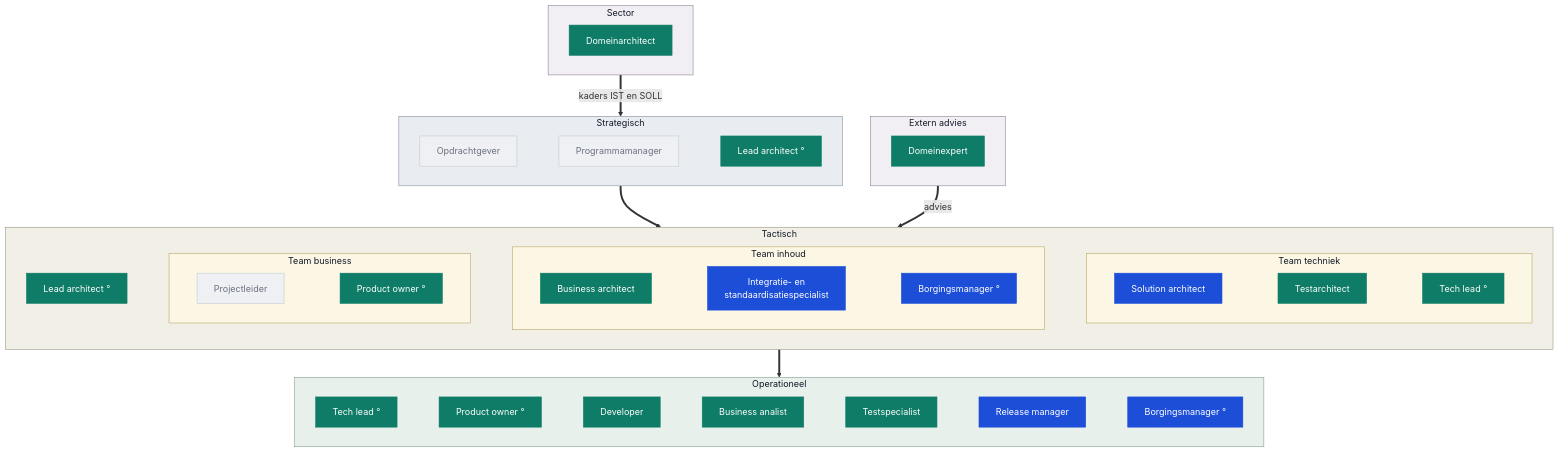
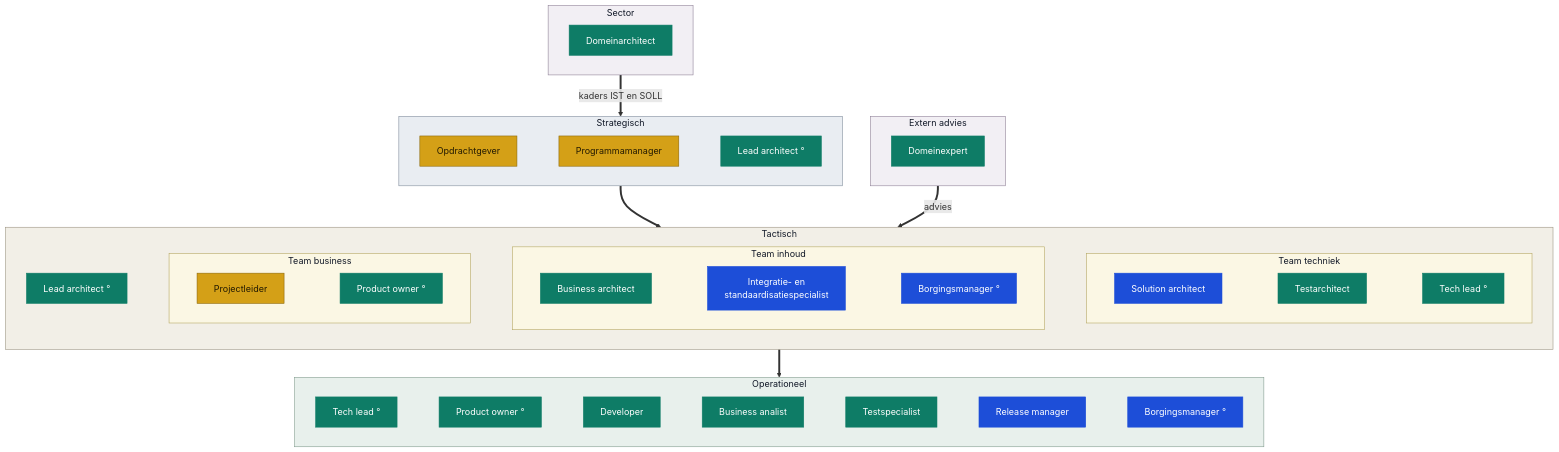
Before and after one commit to Npuls-OKx/meta: the third of 6 diagrams in presentaties/src/260903_rollen.md, drawn with Mermaid. The commit also changed other lines of this file and 2 other files, not shown here.

Commit message:
Goud voor de rollen die het programma dragen
Opdrachtgever, programmamanager en projectleider stonden grijs op slide 8, wat
las als onbelangrijk. Ze zijn nu goud, met de regel: volgt niet uit deze eisen,
maar draagt wel het hele programma.

Relateert aan: #210

Claude-Session: https://claude.ai/code/session_01LtVfjMv5qrHjBTMhWK9Q5f

````diff
--- a/presentaties/src/260903_rollen.md
+++ b/presentaties/src/260903_rollen.md
@@ -336,69 +336,69 @@
 ```mermaid
 flowchart TB
   subgraph EX["Extern advies"]
     direction LR
     DE["Domeinexpert"]
   end
   subgraph SEC["Sector"]
     direction LR
     DA["Domeinarchitect"]
   end
   subgraph S["Strategisch"]
     direction LR
     OG["Opdrachtgever"] ~~~ PM["Programmamanager"] ~~~ LA1["Lead architect °"]
   end
   subgraph T["Tactisch"]
     direction LR
     LA2["Lead architect °"]
     subgraph TB2["Team business"]
       direction LR
       PL["Projectleider"] ~~~ PO1["Product owner °"]
     end
     subgraph TI["Team inhoud"]
       direction LR
       BAR["Business architect"] ~~~ IS["Integratie- en<br/>standaardisatiespecialist"] ~~~ BM1["Borgingsmanager °"]
     end
     subgraph TT["Team techniek"]
       direction LR
       SA["Solution architect"] ~~~ TA["Testarchitect"] ~~~ TL1["Tech lead °"]
     end
     LA2 ~~~ TB2 ~~~ TI ~~~ TT
   end
   subgraph O["Operationeel"]
     direction LR
     TL2["Tech lead °"] ~~~ PO2["Product owner °"] ~~~ DEV["Developer"] ~~~ BA["Business analist"] ~~~ TE["Testspecialist"] ~~~ RM["Release manager"] ~~~ BM2["Borgingsmanager °"]
   end
   S ==> T
   T ==> O
   EX ==>|advies| T
   SEC ==>|kaders IST en SOLL| S
   style TB2 fill:#fbf7e4,stroke:#b3a55f,color:#111827
   style TI fill:#fbf7e4,stroke:#b3a55f,color:#111827
   style TT fill:#fbf7e4,stroke:#b3a55f,color:#111827
   style EX fill:#f2eff4,stroke:#8c7e94,color:#111827
   style SEC fill:#f2eff4,stroke:#8c7e94,color:#111827
   style S fill:#e9edf2,stroke:#7d8a99,color:#111827
   style T fill:#f2efe7,stroke:#9a9280,color:#111827
   style O fill:#e8f0ec,stroke:#7f9a8c,color:#111827
   style IS fill:#1D4ED8,stroke:#1D4ED8,color:#ffffff
   style SA fill:#1D4ED8,stroke:#1D4ED8,color:#ffffff
   style RM fill:#1D4ED8,stroke:#1D4ED8,color:#ffffff
   style BM1 fill:#1D4ED8,stroke:#1D4ED8,color:#ffffff
   style BM2 fill:#1D4ED8,stroke:#1D4ED8,color:#ffffff
   style DA fill:#0E7C66,stroke:#0E7C66,color:#ffffff
   style LA1 fill:#0E7C66,stroke:#0E7C66,color:#ffffff
   style LA2 fill:#0E7C66,stroke:#0E7C66,color:#ffffff
   style BAR fill:#0E7C66,stroke:#0E7C66,color:#ffffff
   style BA fill:#0E7C66,stroke:#0E7C66,color:#ffffff
   style PO1 fill:#0E7C66,stroke:#0E7C66,color:#ffffff
   style PO2 fill:#0E7C66,stroke:#0E7C66,color:#ffffff
   style TA fill:#0E7C66,stroke:#0E7C66,color:#ffffff
   style TE fill:#0E7C66,stroke:#0E7C66,color:#ffffff
   style TL1 fill:#0E7C66,stroke:#0E7C66,color:#ffffff
   style TL2 fill:#0E7C66,stroke:#0E7C66,color:#ffffff
   style DEV fill:#0E7C66,stroke:#0E7C66,color:#ffffff
   style DE fill:#0E7C66,stroke:#0E7C66,color:#ffffff
-  style OG fill:#eef0f3,stroke:#c2c8d0,color:#6b7280
-  style PM fill:#eef0f3,stroke:#c2c8d0,color:#6b7280
-  style PL fill:#eef0f3,stroke:#c2c8d0,color:#6b7280
+  style OG fill:#D4A017,stroke:#8A6508,color:#231a02
+  style PM fill:#D4A017,stroke:#8A6508,color:#231a02
+  style PL fill:#D4A017,stroke:#8A6508,color:#231a02
 ```
````
